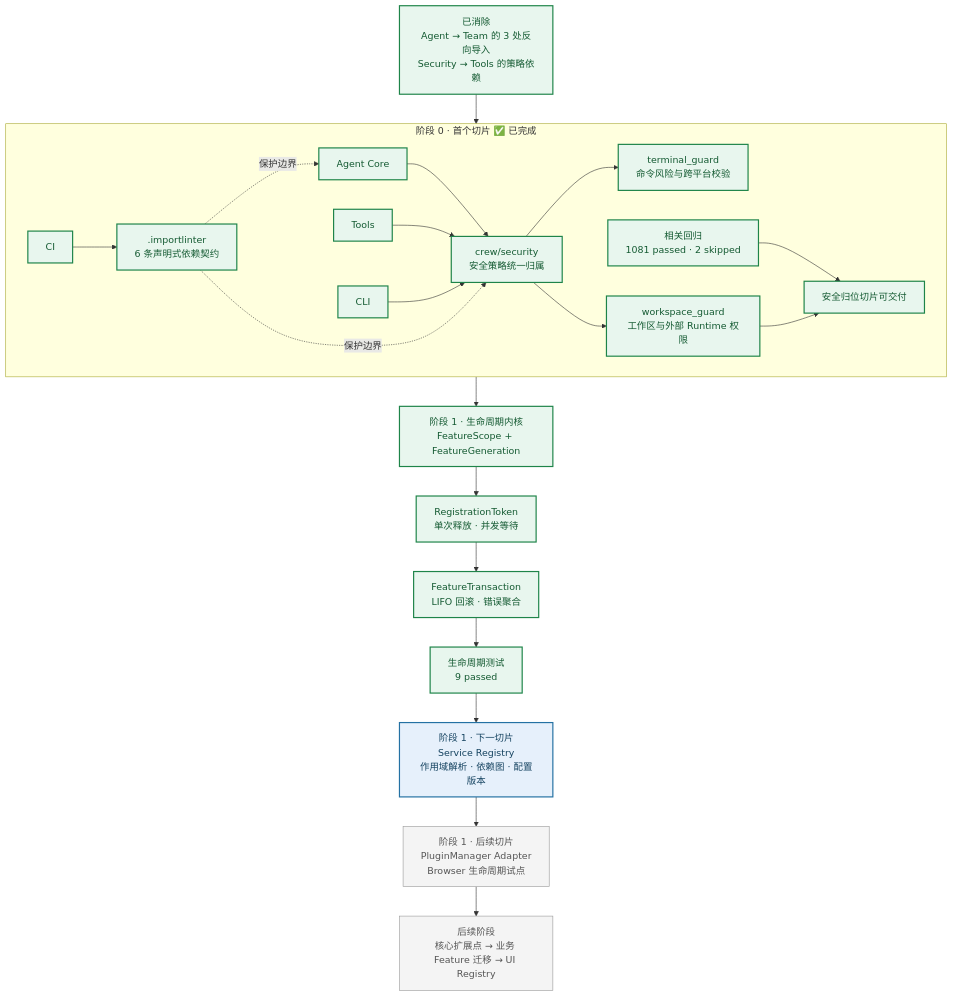
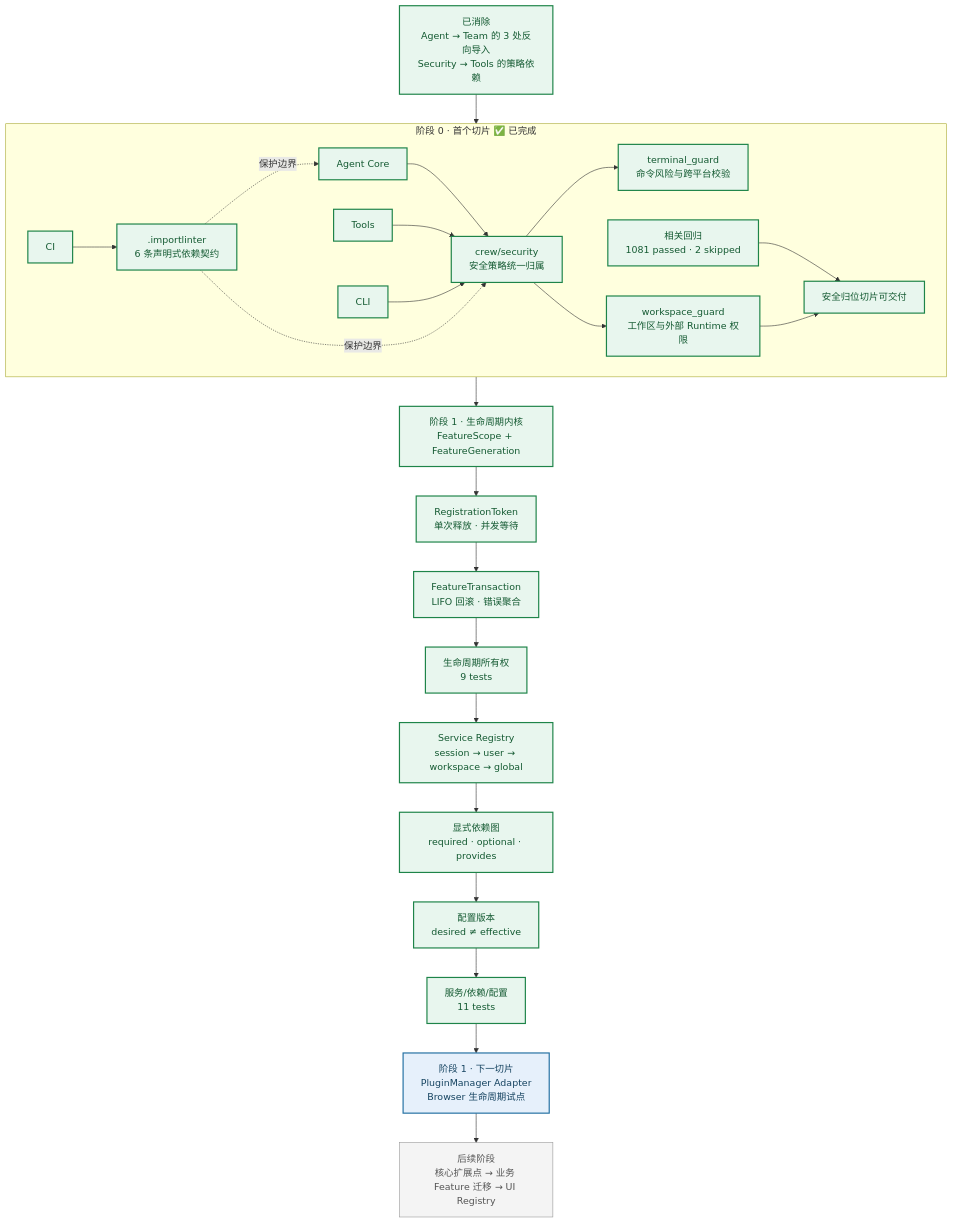
The first of 11 diagrams in docs/todo/ace-plugin-architecture-evolution-plan.md (shuishenghualalala/Ace), drawn with Mermaid before and after one commit. The commit also changed other lines of this file and 9 other files, not shown here.

Commit message:
feat(features): add scoped service registry

````diff
--- a/docs/todo/ace-plugin-architecture-evolution-plan.md
+++ b/docs/todo/ace-plugin-architecture-evolution-plan.md
@@ -14,33 +14,36 @@
 ```mermaid
 flowchart TB
     subgraph Done["阶段 0 · 首个切片 ✅ 已完成"]
         direction LR
         Agent["Agent Core"] --> Security["crew/security<br/>安全策略统一归属"]
         Tools["Tools"] --> Security
         CLI["CLI"] --> Security
         Security --> Terminal["terminal_guard<br/>命令风险与跨平台校验"]
         Security --> Workspace["workspace_guard<br/>工作区与外部 Runtime 权限"]
 
         CI["CI"] --> Contracts[".importlinter<br/>6 条声明式依赖契约"]
         Contracts -.->|保护边界| Agent
         Contracts -.->|保护边界| Security
         Tests["相关回归<br/>1081 passed · 2 skipped"] --> DoneMark["安全归位切片可交付"]
     end
 
     Removed["已消除<br/>Agent → Team 的 3 处反向导入<br/>Security → Tools 的策略依赖"] --> Security
     Workspace --> DoneMark
     DoneMark --> Scope["阶段 1 · 生命周期内核<br/>FeatureScope + FeatureGeneration"]
     Scope --> Token["RegistrationToken<br/>单次释放 · 并发等待"]
     Token --> Rollback["FeatureTransaction<br/>LIFO 回滚 · 错误聚合"]
-    Rollback --> RuntimeTests["生命周期测试<br/>9 passed"]
-    RuntimeTests --> Next["阶段 1 · 下一切片<br/>Service Registry<br/>作用域解析 · 依赖图 · 配置版本"]
-    Next --> Adapter["阶段 1 · 后续切片<br/>PluginManager Adapter<br/>Browser 生命周期试点"]
+    Rollback --> RuntimeTests["生命周期所有权<br/>9 tests"]
+    RuntimeTests --> Services["Service Registry<br/>session → user → workspace → global"]
+    Services --> Dependencies["显式依赖图<br/>required · optional · provides"]
+    Dependencies --> Config["配置版本<br/>desired ≠ effective"]
+    Config --> ServiceTests["服务/依赖/配置<br/>11 tests"]
+    ServiceTests --> Adapter["阶段 1 · 下一切片<br/>PluginManager Adapter<br/>Browser 生命周期试点"]
     Adapter --> Later["后续阶段<br/>核心扩展点 → 业务 Feature 迁移 → UI Registry"]
 
     classDef done fill:#e8f6ee,stroke:#1e8449,color:#145a32,stroke-width:2px
     classDef next fill:#e6f0fb,stroke:#2471a3,color:#154360,stroke-width:2px
     classDef pending fill:#f4f4f4,stroke:#999999,color:#555555
-    class Agent,Tools,CLI,Security,Terminal,Workspace,CI,Contracts,Tests,DoneMark,Removed,Scope,Token,Rollback,RuntimeTests done
-    class Next next
-    class Adapter,Later pending
+    class Agent,Tools,CLI,Security,Terminal,Workspace,CI,Contracts,Tests,DoneMark,Removed,Scope,Token,Rollback,RuntimeTests,Services,Dependencies,Config,ServiceTests done
+    class Adapter next
+    class Later pending
 ```
````
